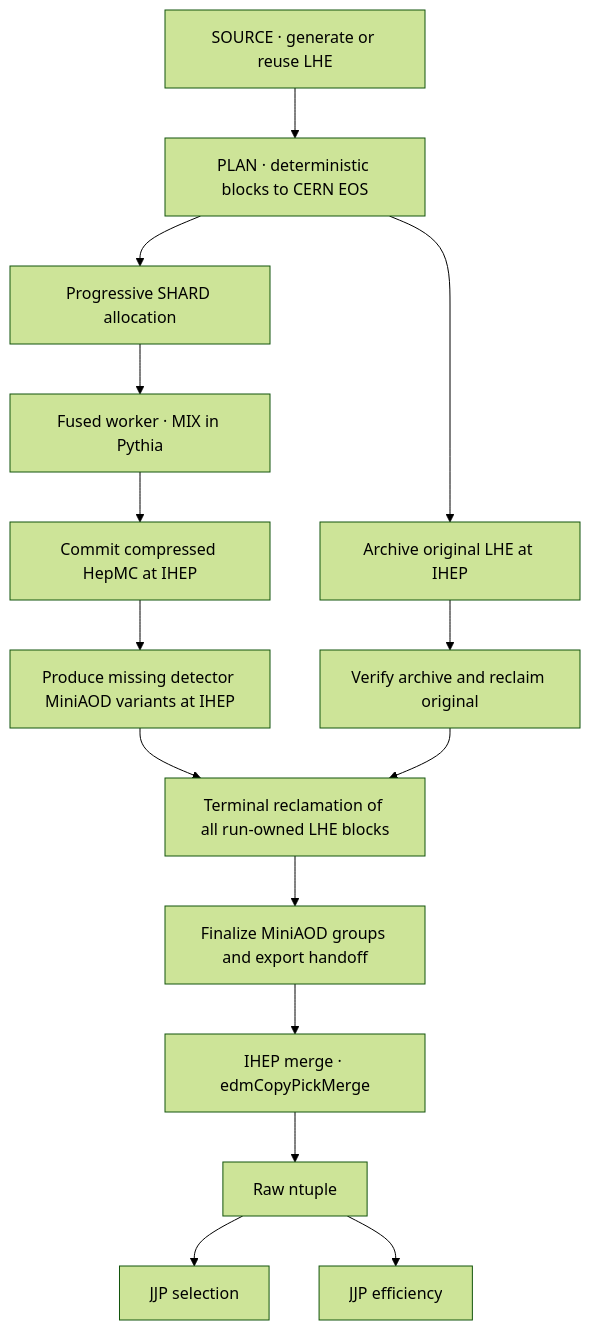
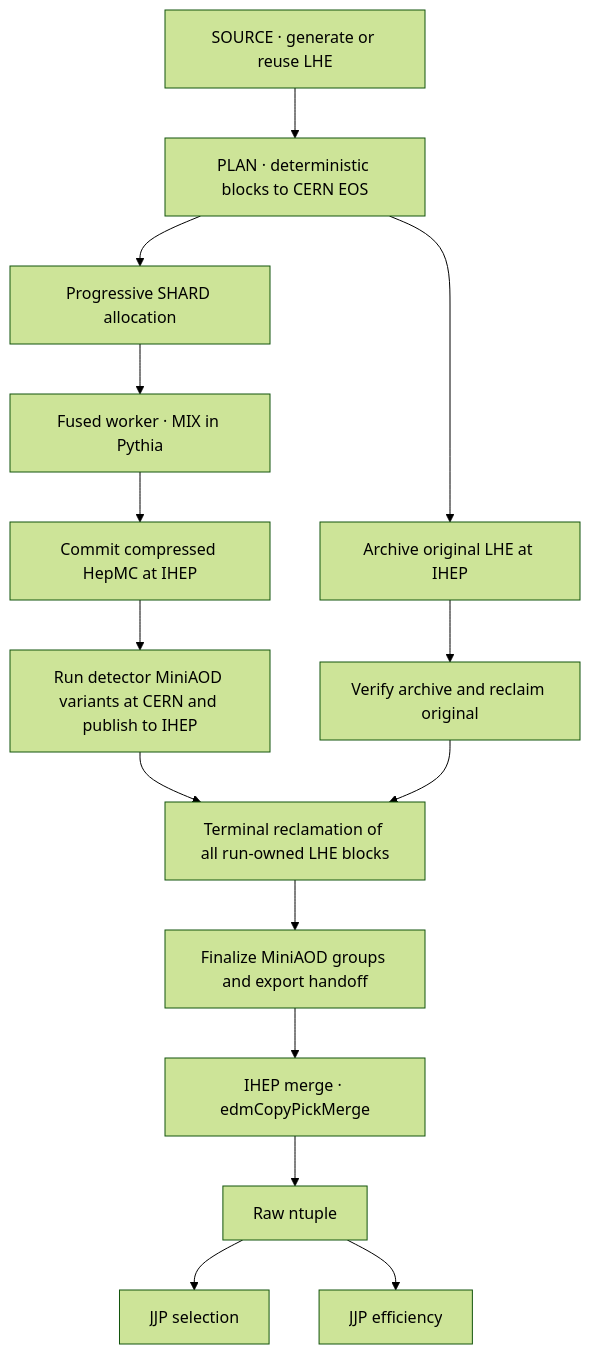
One commit to Eric100911/Full_MC_Production changed the diagram in docs/refactor_architecture.md. Above: the diagram before and after it, drawn with Mermaid (forest theme). The commit also changed other lines of this file and 157 other files, not shown here.

````diff
--- a/docs/refactor_architecture.md
+++ b/docs/refactor_architecture.md
@@ -43,17 +43,17 @@
 ```mermaid
 flowchart TD
     S["SOURCE · generate or reuse LHE"] --> P["PLAN · deterministic blocks to CERN EOS"]
     P --> SA["Archive original LHE at IHEP"]
     SA --> SR["Verify archive and reclaim original"]
     P --> A["Progressive SHARD allocation"]
     A --> M["Fused worker · MIX in Pythia"]
     M --> H["Commit compressed HepMC at IHEP"]
-    H --> C["Produce missing detector MiniAOD variants at IHEP"]
+    H --> C["Run detector MiniAOD variants at CERN and publish to IHEP"]
     C --> T["Terminal reclamation of all run-owned LHE blocks"]
     SR --> T
     T --> F["Finalize MiniAOD groups and export handoff"]
     F --> I["IHEP merge · edmCopyPickMerge"]
     I --> N["Raw ntuple"]
     N --> S1["JJP selection"]
     N --> E["JJP efficiency"]
 ```
````
